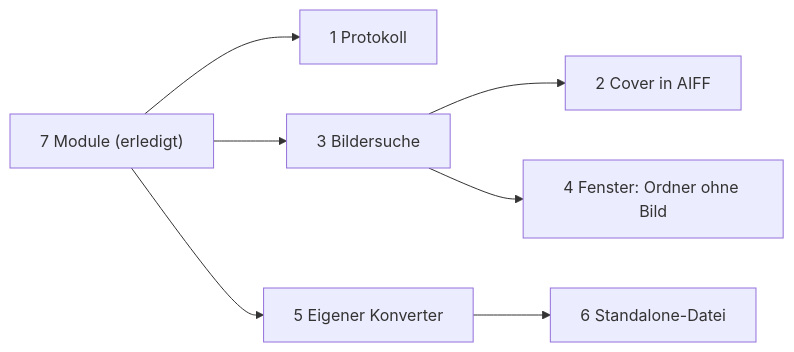
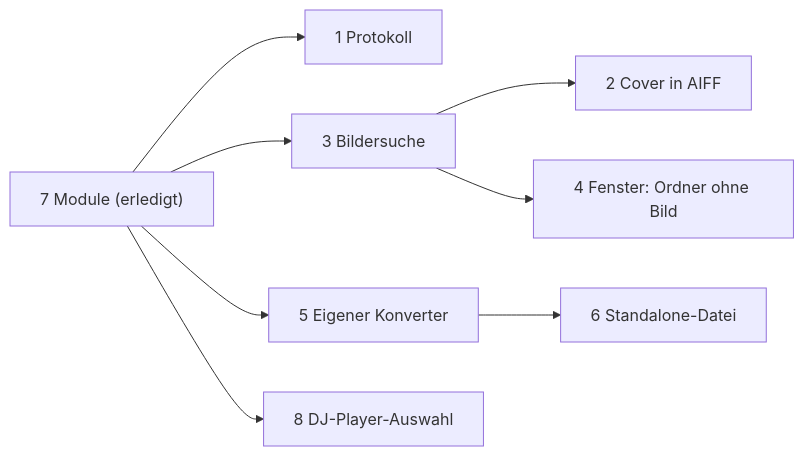
One commit to Senci/audio-konverter changed the diagram in wiki/offen.md. Above: the diagram before and after it, drawn with Mermaid. The commit also changed other lines of this file, not shown here.

````diff
--- a/wiki/offen.md
+++ b/wiki/offen.md
@@ -3,9 +3,10 @@
 ```mermaid
 flowchart LR
     M["7 Module (erledigt)"] --> P["1 Protokoll"]
     M --> B["3 Bildersuche"]
     M --> K["5 Eigener Konverter"]
+    M --> D["8 DJ-Player-Auswahl"]
     B --> C["2 Cover in AIFF"]
     B --> N["4 Fenster: Ordner ohne Bild"]
     K --> S["6 Standalone-Datei"]
 ```
````
